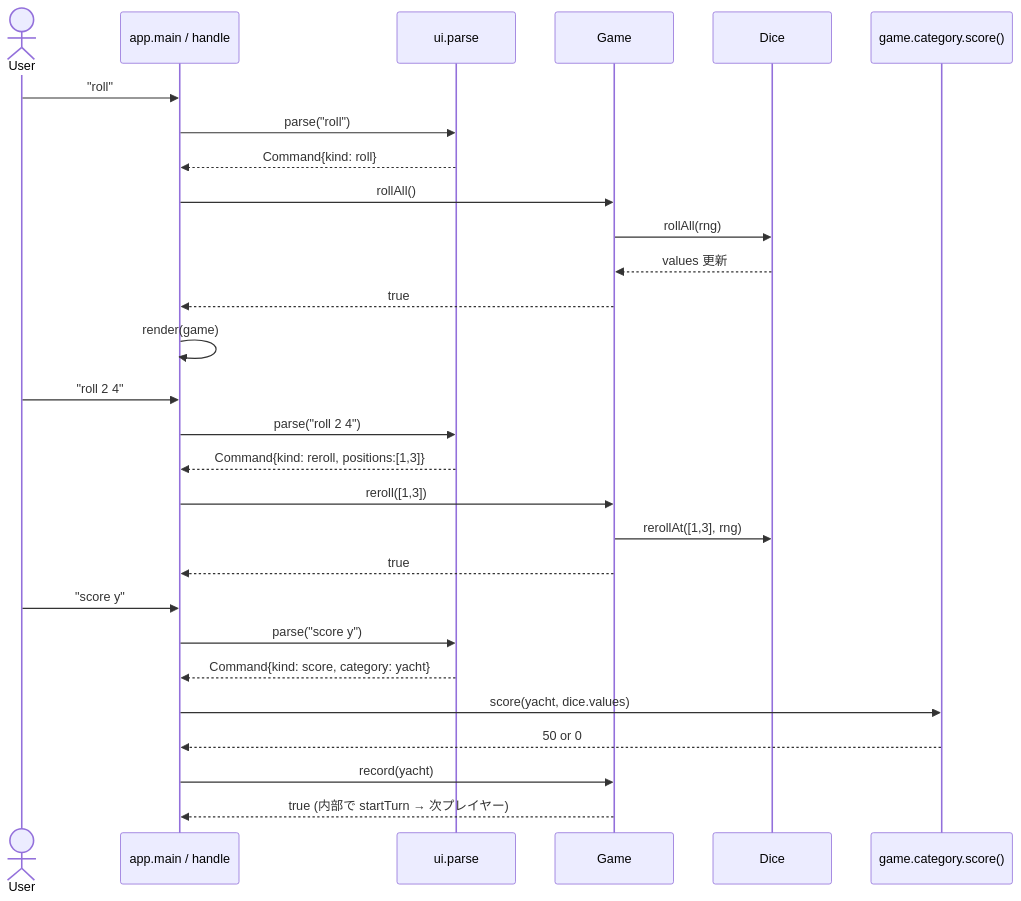
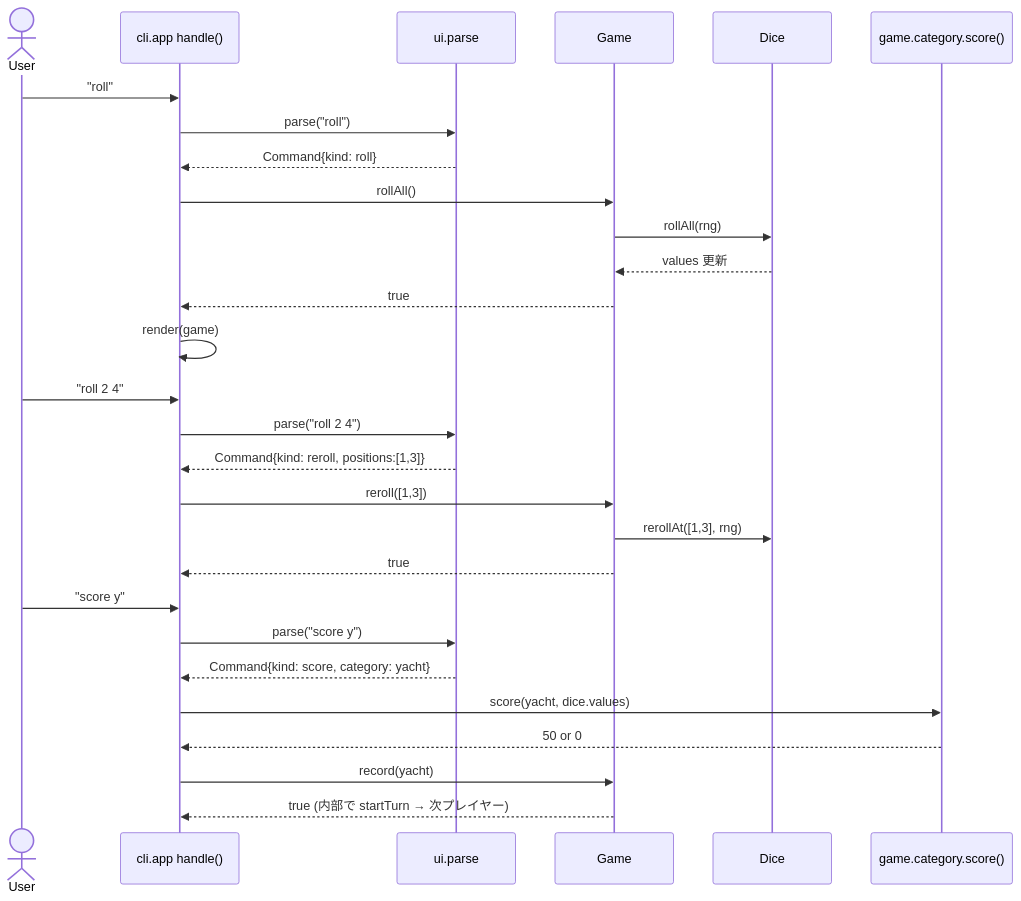
One commit to kip2/Yacht changed the fifth of 7 diagrams in docs/architecture.md. Above: the diagram before and after it, drawn with Mermaid. The commit also changed other lines of this file and 5 other files, not shown here.

````diff
--- a/docs/architecture.md
+++ b/docs/architecture.md
@@ -127,33 +176,33 @@
 ```mermaid
 sequenceDiagram
     actor User
-    participant App as app.main / handle
+    participant App as cli.app handle()
     participant Parse as ui.parse
     participant Game
     participant Dice
     participant Score as game.category.score()
 
     User->>App: "roll"
     App->>Parse: parse("roll")
     Parse-->>App: Command{kind: roll}
     App->>Game: rollAll()
     Game->>Dice: rollAll(rng)
     Dice-->>Game: values 更新
     Game-->>App: true
     App->>App: render(game)
 
     User->>App: "roll 2 4"
     App->>Parse: parse("roll 2 4")
     Parse-->>App: Command{kind: reroll, positions:[1,3]}
     App->>Game: reroll([1,3])
     Game->>Dice: rerollAt([1,3], rng)
     Game-->>App: true
 
     User->>App: "score y"
     App->>Parse: parse("score y")
     Parse-->>App: Command{kind: score, category: yacht}
     App->>Score: score(yacht, dice.values)
     Score-->>App: 50 or 0
     App->>Game: record(yacht)
     Game-->>App: true (内部で startTurn → 次プレイヤー)
 ```
````
